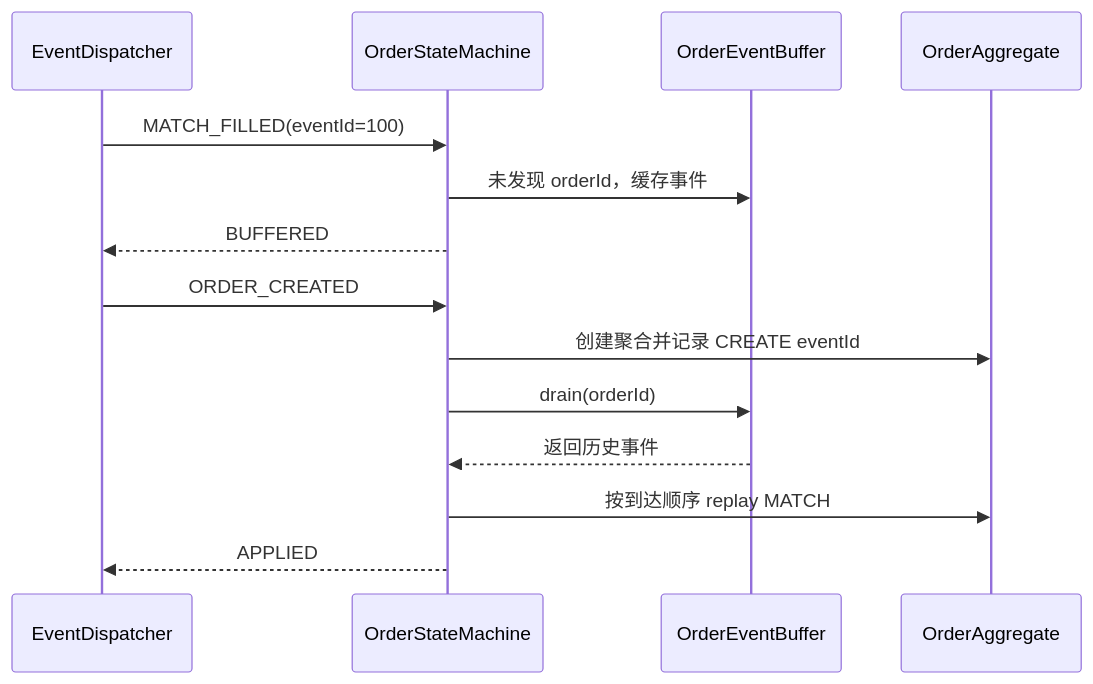
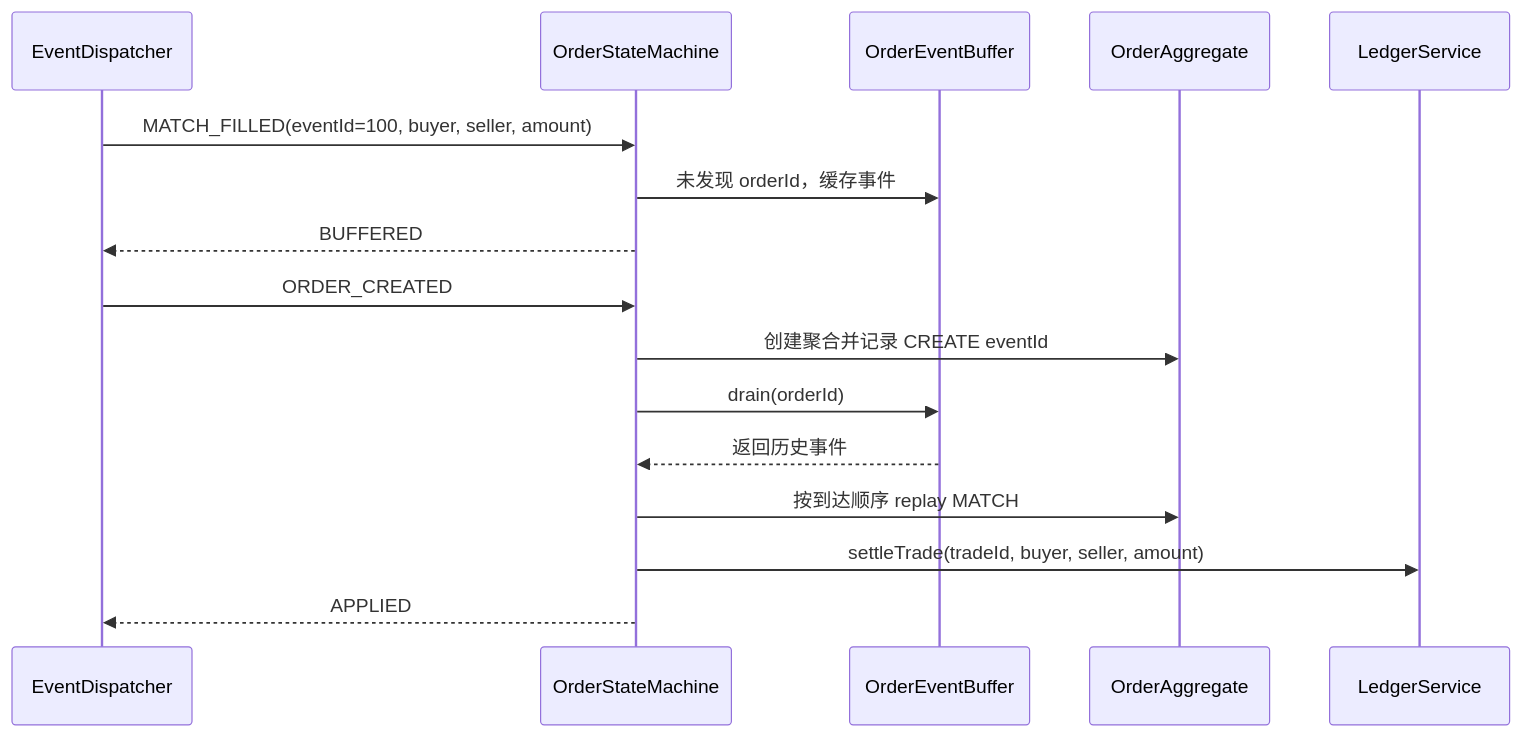
Before and after one commit to YANSHAO0032/cex-core-engine: the fourth of 4 diagrams in README.md, drawn with Mermaid. The commit also changed other lines of this file and 12 other files, not shown here.

````diff
--- a/README.md
+++ b/README.md
@@ -226,17 +236,19 @@
 ```mermaid
 sequenceDiagram
     participant M as EventDispatcher
     participant S as OrderStateMachine
     participant B as OrderEventBuffer
     participant O as OrderAggregate
+    participant L as LedgerService
 
-    M->>S: MATCH_FILLED(eventId=100)
+    M->>S: MATCH_FILLED(eventId=100, buyer, seller, amount)
     S->>B: 未发现 orderId，缓存事件
     S-->>M: BUFFERED
     M->>S: ORDER_CREATED
     S->>O: 创建聚合并记录 CREATE eventId
     S->>B: drain(orderId)
     B-->>S: 返回历史事件
     S->>O: 按到达顺序 replay MATCH
+    S->>L: settleTrade(tradeId, buyer, seller, amount)
     S-->>M: APPLIED
 ```
````
